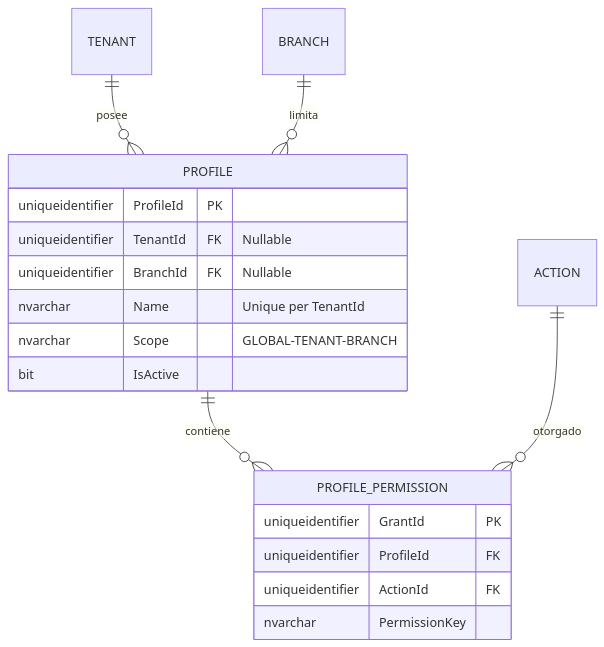
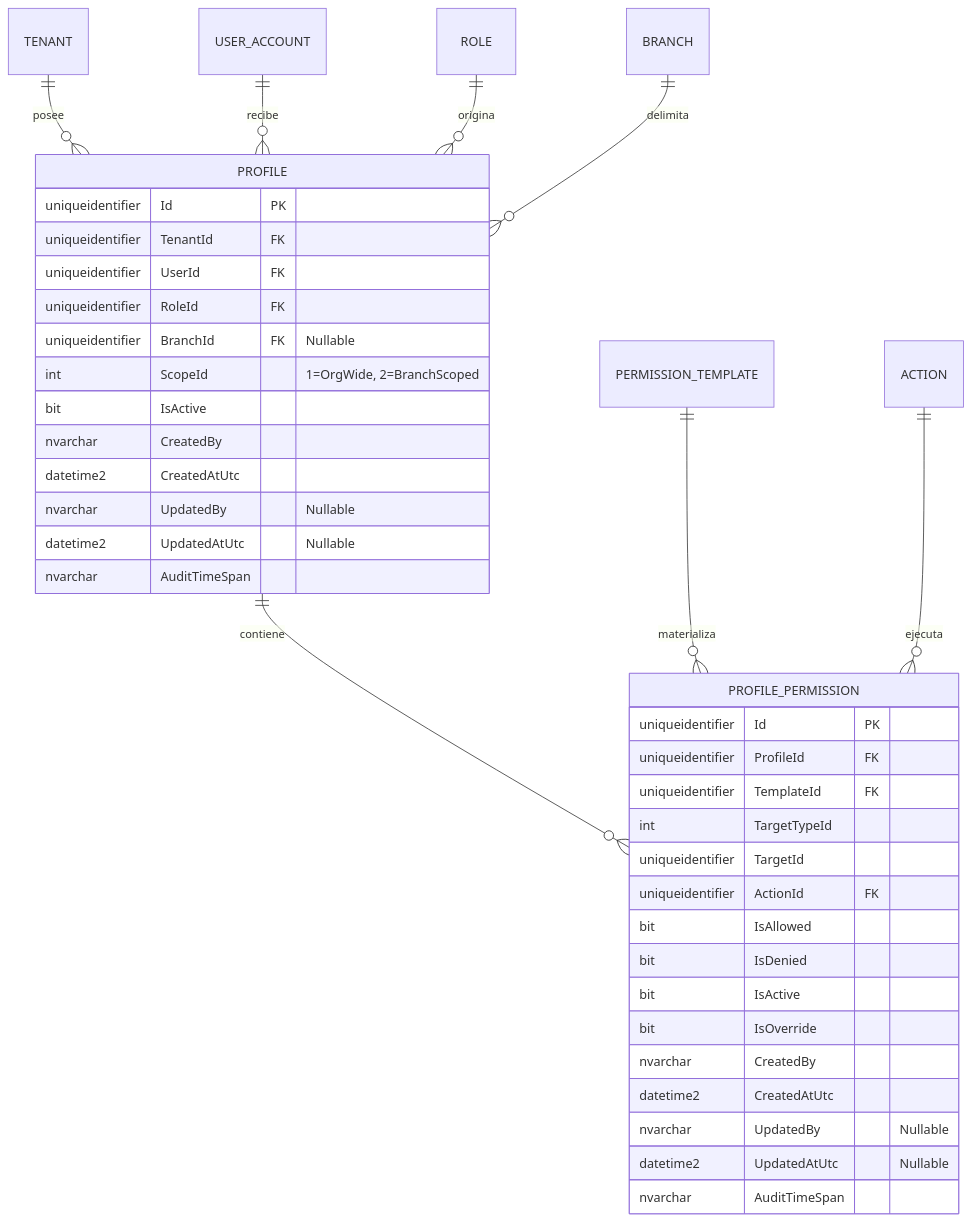
The fourth of 4 diagrams in docs/domain-es/authorization/profile.md (beyondnetcode/ums), drawn with Mermaid before and after one commit. The commit also changed other lines of this file and 19 other files, not shown here.

````diff
--- a/docs/domain-es/authorization/profile.md
+++ b/docs/domain-es/authorization/profile.md
@@ -169,22 +180,42 @@
 ```mermaid
 erDiagram
     PROFILE ||--o{ PROFILE_PERMISSION : "contiene"
     TENANT ||--o{ PROFILE : "posee"
-    BRANCH ||--o{ PROFILE : "limita"
-    ACTION ||--o{ PROFILE_PERMISSION : "otorgado"
+    USER_ACCOUNT ||--o{ PROFILE : "recibe"
+    ROLE ||--o{ PROFILE : "origina"
+    BRANCH ||--o{ PROFILE : "delimita"
+    PERMISSION_TEMPLATE ||--o{ PROFILE_PERMISSION : "materializa"
+    ACTION ||--o{ PROFILE_PERMISSION : "ejecuta"
 
     PROFILE {
-        uniqueidentifier ProfileId PK
-        uniqueidentifier TenantId FK "Nullable"
+        uniqueidentifier Id PK
+        uniqueidentifier TenantId FK
+        uniqueidentifier UserId FK
+        uniqueidentifier RoleId FK
         uniqueidentifier BranchId FK "Nullable"
-        nvarchar Name "Unique per TenantId"
-        nvarchar Scope "GLOBAL-TENANT-BRANCH"
+        int ScopeId "1=OrgWide, 2=BranchScoped"
         bit IsActive
+        nvarchar CreatedBy
+        datetime2 CreatedAtUtc
+        nvarchar UpdatedBy "Nullable"
+        datetime2 UpdatedAtUtc "Nullable"
+        nvarchar AuditTimeSpan
     }
     PROFILE_PERMISSION {
-        uniqueidentifier GrantId PK
+        uniqueidentifier Id PK
         uniqueidentifier ProfileId FK
+        uniqueidentifier TemplateId FK
+        int TargetTypeId
+        uniqueidentifier TargetId
         uniqueidentifier ActionId FK
-        nvarchar PermissionKey
+        bit IsAllowed
+        bit IsDenied
+        bit IsActive
+        bit IsOverride
+        nvarchar CreatedBy
+        datetime2 CreatedAtUtc
+        nvarchar UpdatedBy "Nullable"
+        datetime2 UpdatedAtUtc "Nullable"
+        nvarchar AuditTimeSpan
     }
 ```
````
